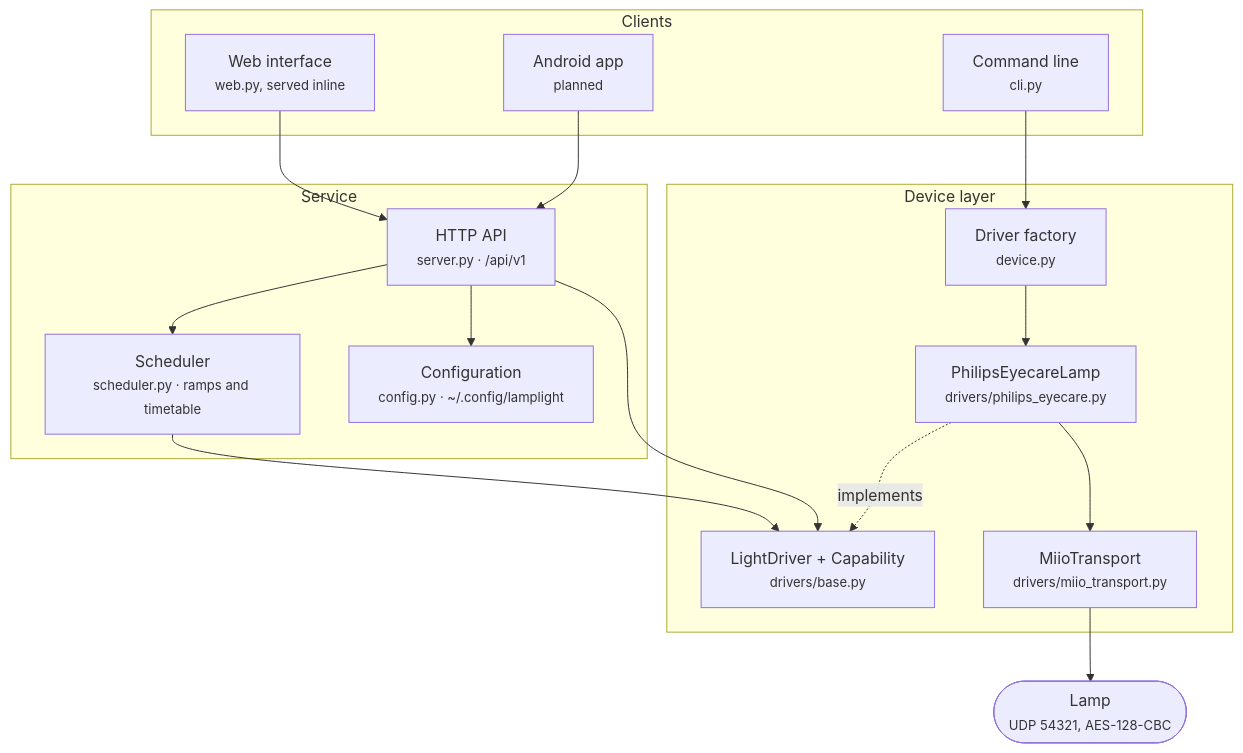
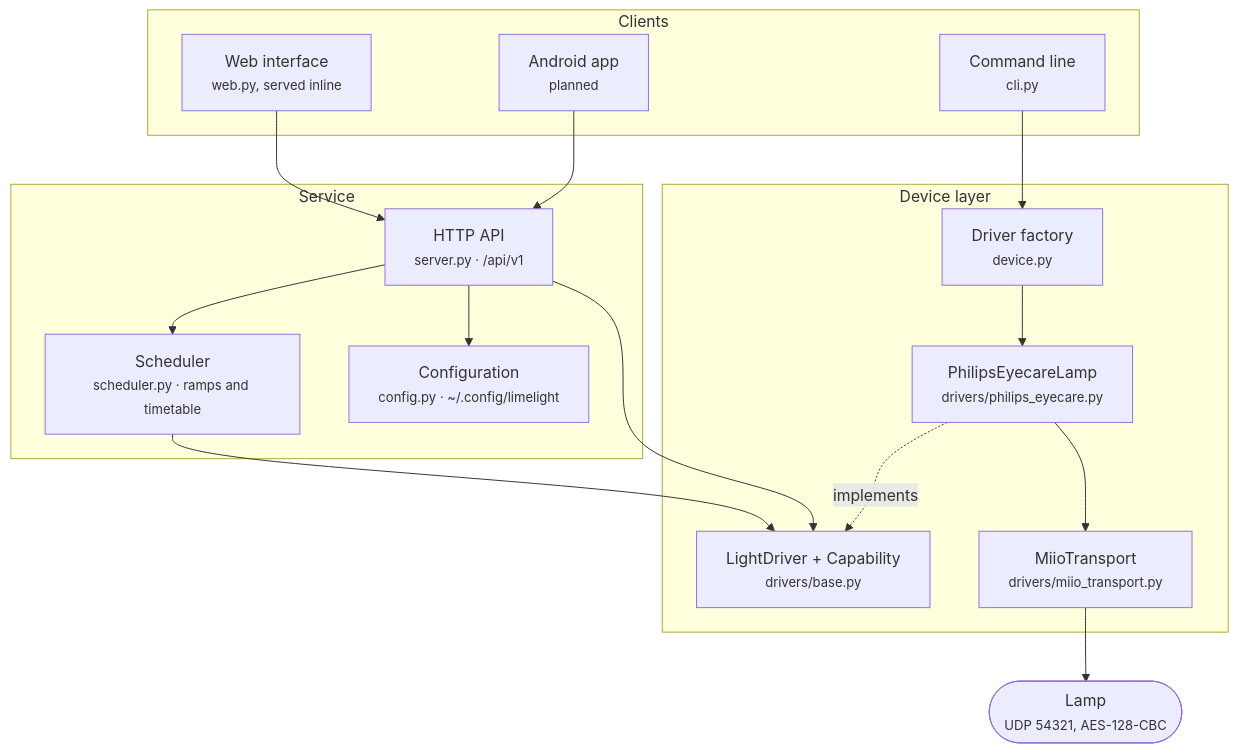
Before and after one commit to smartwhale8/limelight: the diagram in docs/ARCHITECTURE.md, drawn with Mermaid. The commit also changed other lines of this file and 67 other files, not shown here.

First line of the commit message:
Rename the project from lamplight to limelight

````diff
--- a/docs/ARCHITECTURE.md
+++ b/docs/ARCHITECTURE.md
@@ -8,35 +8,35 @@
 ```mermaid
 flowchart TB
     subgraph clients["Clients"]
         web["Web interface<br/><small>web.py, served inline</small>"]
         cli["Command line<br/><small>cli.py</small>"]
         android["Android app<br/><small>planned</small>"]
     end
 
     subgraph service["Service"]
         server["HTTP API<br/><small>server.py · /api/v1</small>"]
         sched["Scheduler<br/><small>scheduler.py · ramps and timetable</small>"]
-        conf["Configuration<br/><small>config.py · ~/.config/lamplight</small>"]
+        conf["Configuration<br/><small>config.py · ~/.config/limelight</small>"]
     end
 
     subgraph devicelayer["Device layer"]
         factory["Driver factory<br/><small>device.py</small>"]
         contract["LightDriver + Capability<br/><small>drivers/base.py</small>"]
         concrete["PhilipsEyecareLamp<br/><small>drivers/philips_eyecare.py</small>"]
         transport["MiioTransport<br/><small>drivers/miio_transport.py</small>"]
     end
 
     hardware(["Lamp<br/><small>UDP 54321, AES-128-CBC</small>"])
 
     web --> server
     android --> server
     cli --> factory
     server --> sched
     server --> conf
     sched --> contract
     server --> contract
     factory --> concrete
     concrete -.implements.-> contract
     concrete --> transport
     transport --> hardware
 ```
````
